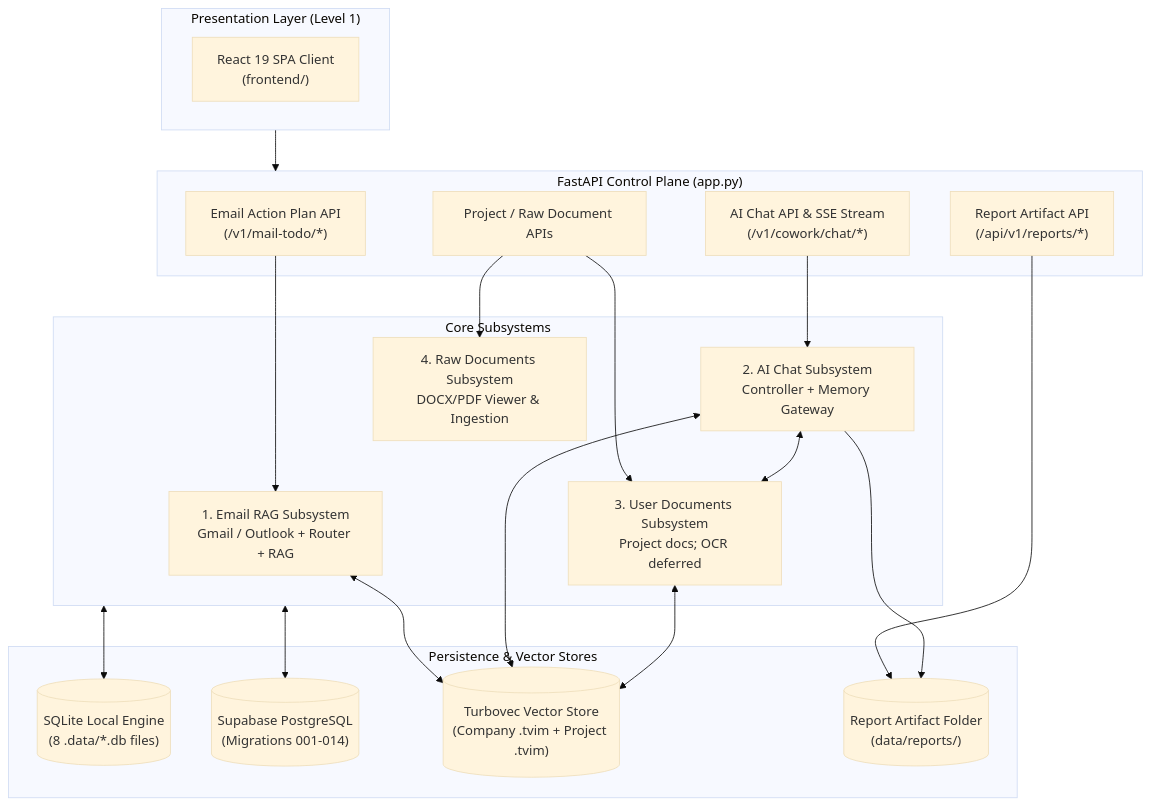
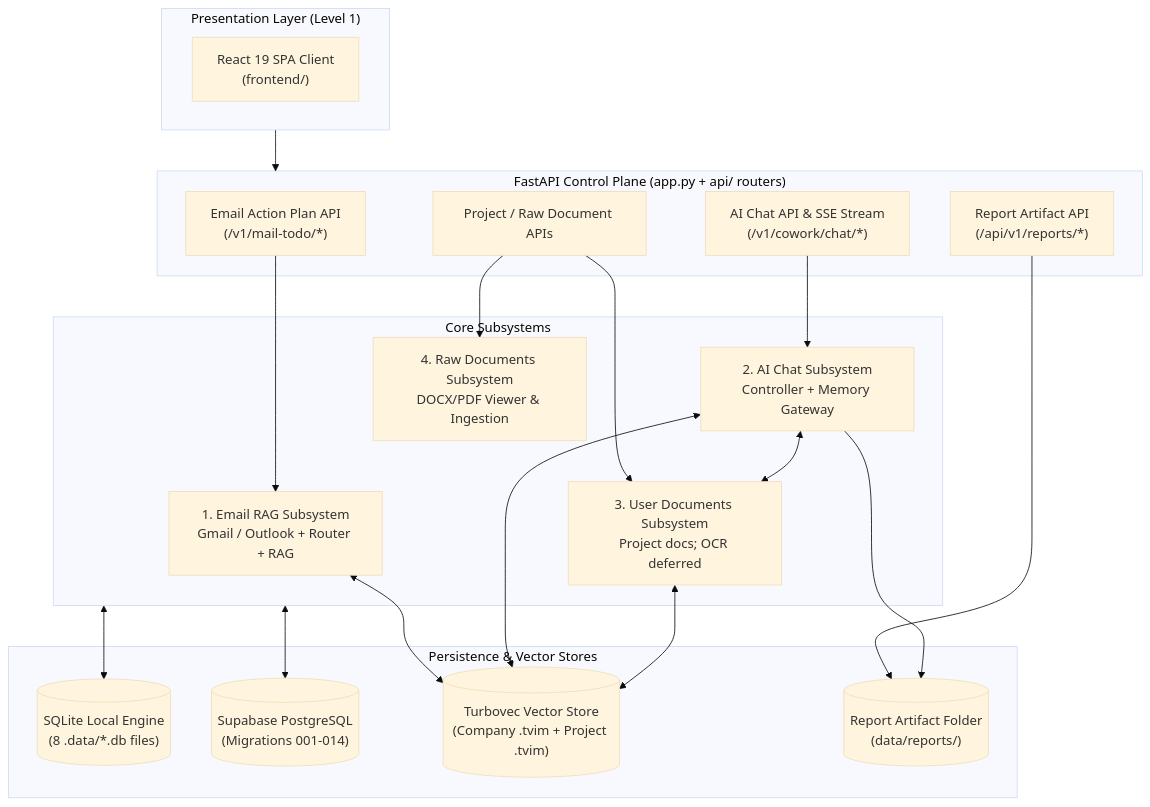
Before and after one commit to MathematicGuy/EMAIL-AGENT-v1: the diagram in docs/architectures/current-architectures/README.md, drawn with Mermaid (base theme). The commit also changed other lines of this file and 6 other files, not shown here.

First line of the commit message:
refactor(api): retire the last untyped app.state fallback; ADR-015 + docs

````diff
--- a/docs/architectures/current-architectures/README.md
+++ b/docs/architectures/current-architectures/README.md
@@ -15,42 +15,42 @@
 ```mermaid
 flowchart TB
     subgraph CLIENTS["Presentation Layer (Level 1)"]
         UI_REACT["React 19 SPA Client<br/>(frontend/)"]
     end
 
-    subgraph API["FastAPI Control Plane (app.py)"]
+    subgraph API["FastAPI Control Plane (app.py + api/ routers)"]
         EMAIL_API["Email Action Plan API<br/>(/v1/mail-todo/*)"]
         CHAT_API["AI Chat API & SSE Stream<br/>(/v1/cowork/chat/*)"]
         DOC_API["Project / Raw Document APIs"]
         REPORT_API["Report Artifact API<br/>(/api/v1/reports/*)"]
     end
 
     subgraph SUBSYSTEMS["Core Subsystems"]
         SUB_EMAIL["1. Email RAG Subsystem<br/>Gmail / Outlook + Router + RAG"]
         SUB_CHAT["2. AI Chat Subsystem<br/>Controller + Memory Gateway"]
         SUB_DOCS["3. User Documents Subsystem<br/>Project docs; OCR deferred"]
         SUB_RAW["4. Raw Documents Subsystem<br/>DOCX/PDF Viewer & Ingestion"]
     end
 
     subgraph STORES["Persistence & Vector Stores"]
         DB_LOCAL[("SQLite Local Engine<br/>(8 .data/*.db files)")]
         DB_PG[("Supabase PostgreSQL<br/>(Migrations 001-014)")]
         VECTOR[("Turbovec Vector Store<br/>(Company .tvim + Project .tvim)")]
         REPORTS[("Report Artifact Folder<br/>(data/reports/)")]
     end
 
     CLIENTS --> API
     EMAIL_API --> SUB_EMAIL
     CHAT_API --> SUB_CHAT
     DOC_API --> SUB_DOCS
     DOC_API --> SUB_RAW
     REPORT_API --> REPORTS
     SUB_CHAT --> REPORTS
     
     SUB_CHAT <--> SUB_DOCS
     SUB_EMAIL <--> VECTOR
     SUB_CHAT <--> VECTOR
     SUB_DOCS <--> VECTOR
     SUBSYSTEMS <--> DB_LOCAL
     SUBSYSTEMS <--> DB_PG
 ```
````
